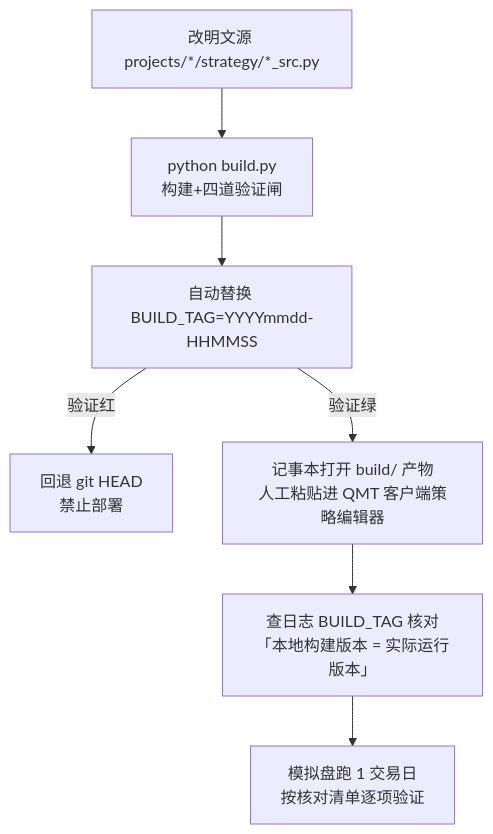
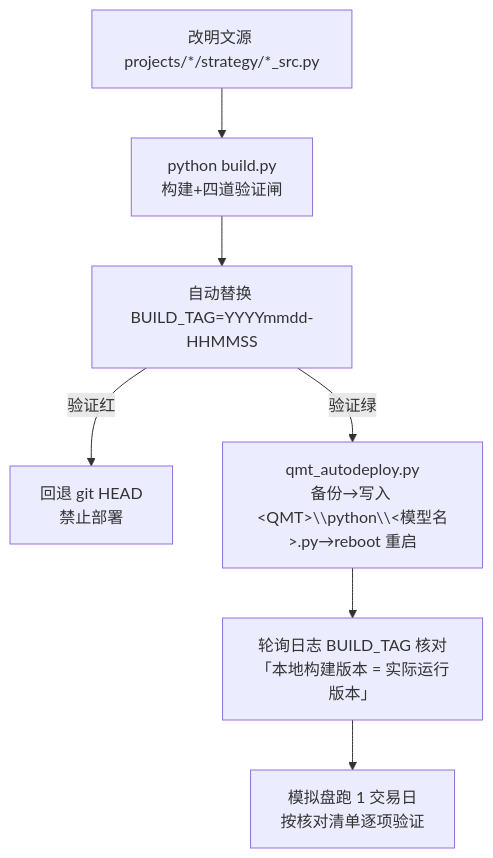
The first of 2 diagrams in .qoder/repowiki/zh/content/部署与运维/环境搭建与部署配置.md (defliu/QuantLab), drawn with Mermaid before and after one commit. The commit also changed other lines of this file and 6 other files, not shown here.

First line of the commit message:
feat(p16): QMT 零介入部署 qmt_autodeploy.py——明文写入 python\<模型名>.py 即被客户端加载，人工粘贴移出日常循环

````diff
--- a/.qoder/repowiki/zh/content/部署与运维/环境搭建与部署配置.md
+++ b/.qoder/repowiki/zh/content/部署与运维/环境搭建与部署配置.md
@@ -108,9 +108,9 @@
 ```mermaid
 flowchart TD
     S["改明文源 projects/*/strategy/*_src.py"] --> B["python build.py<br/>构建+四道验证闸"]
     B --> T["自动替换 BUILD_TAG=YYYYmmdd-HHMMSS"]
     T -->|验证红| Back["回退 git HEAD<br/>禁止部署"]
-    T -->|验证绿| P["记事本打开 build/ 产物<br/>人工粘贴进 QMT 客户端策略编辑器"]
-    P --> R["查日志 BUILD_TAG 核对<br/>「本地构建版本 = 实际运行版本」"]
+    T -->|验证绿| P["qmt_autodeploy.py<br/>备份→写入 &lt;QMT&gt;\\python\\&lt;模型名&gt;.py→reboot 重启"]
+    P --> R["轮询日志 BUILD_TAG 核对<br/>「本地构建版本 = 实际运行版本」"]
     R --> S2["模拟盘跑 1 交易日<br/>按核对清单逐项验证"]
 ```
````
